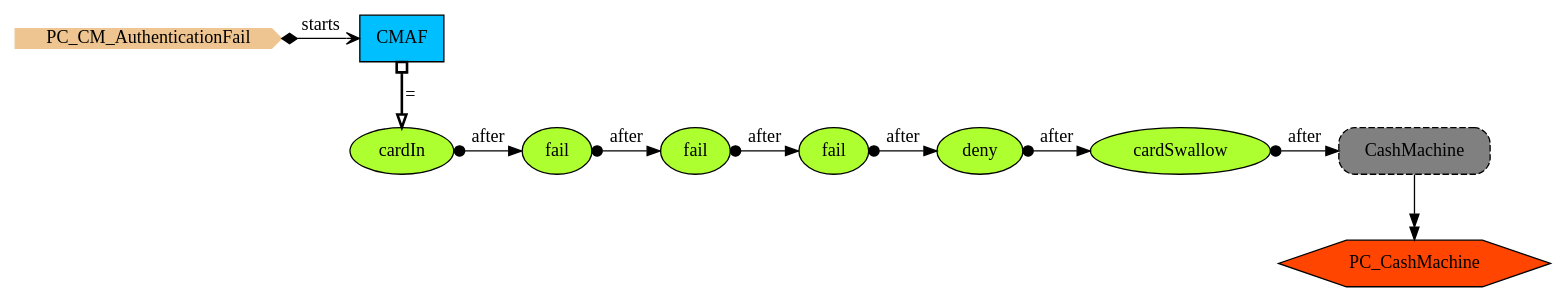
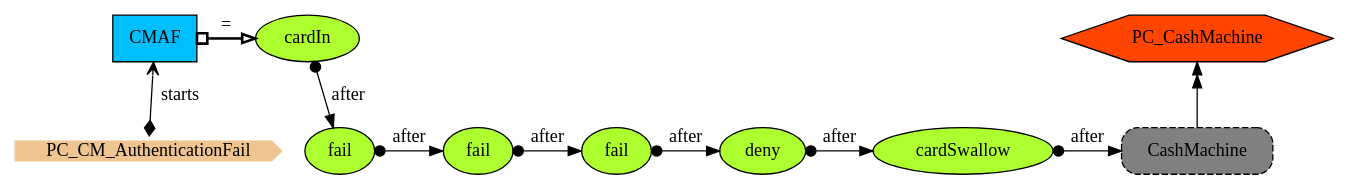
Before and after one commit to namalio/Fragmenta_PCs: the diagram in Haskell/PCs/PCs/img/PC_CM_AuthenticationFail.gv, drawn with Graphviz. The commit also changed 1 other file, not shown here.

Commit message:
Further work on the cash machine example on github

```diff
--- a/Haskell/PCs/PCs/img/PC_CM_AuthenticationFail.gv
+++ b/Haskell/PCs/PCs/img/PC_CM_AuthenticationFail.gv
@@ -1,30 +1,31 @@
 digraph {
 StartN_ [shape = cds,color=burlywood2,style=filled,height=.2,width=.2, label =PC_CM_AuthenticationFail];
 PC_CashMachine [shape=hexagon,fillcolor=orangered,style=filled,label =PC_CashMachine];
 RefCashMachine [shape=rectangle,fillcolor=gray,style="rounded,filled,dashed",label="CashMachine "];
 deny [shape=ellipse,fillcolor=greenyellow,style = filled,label="deny"];
 cardSwallow [shape=ellipse,fillcolor=greenyellow,style = filled,label="cardSwallow"];
 fail3 [shape=ellipse,fillcolor=greenyellow,style = filled,label="fail"];
 fail2 [shape=ellipse,fillcolor=greenyellow,style = filled,label="fail"];
 fail [shape=ellipse,fillcolor=greenyellow,style = filled,label="fail"];
 cardIn [shape=ellipse,fillcolor=greenyellow,style = filled,label="cardIn"];
 CMAF [shape=box,fillcolor=deepskyblue,style = filled,label="CMAF "];
 
-{rank=min;StartN_,CMAF}
-{rank=same;cardIn,fail,fail2,fail3,deny,cardSwallow,RefCashMachine}
+{rank=min;CMAF,cardIn}
+{rank=same;StartN_,fail,fail2,fail3,deny,cardSwallow,RefCashMachine}
 {rank=same;fail,fail2,fail3,deny,cardSwallow,RefCashMachine}
 {rank=same;fail2,fail3,deny,cardSwallow,RefCashMachine}
 {rank=same;fail3,deny,cardSwallow,RefCashMachine}
 {rank=same;deny,cardSwallow,RefCashMachine}
 {rank=same;cardSwallow,RefCashMachine}
+{rank=same;PC_CashMachine,CMAF}
 
 cardSwallow->RefCashMachine[arrowtail=dot,dir=both,label="after"];
 RefCashMachine->PC_CashMachine[arrowhead="normalnormal",label=" "];
 deny->cardSwallow[arrowtail=dot,dir=both,label="after"];
 fail3->deny[arrowtail=dot,dir=both,label="after"];
 fail2->fail3[arrowtail=dot,dir=both,label="after"];
 fail->fail2[arrowtail=dot,dir=both,label="after"];
 cardIn->fail[arrowtail=dot,dir=both,label="after"];
 StartN_->CMAF[arrowhead="open",arrowtail=diamond,dir=both,label="starts"];
 CMAF->cardIn[arrowhead="onormal",dir=both,arrowtail=obox,penwidth=2,label="="];
 }
```
